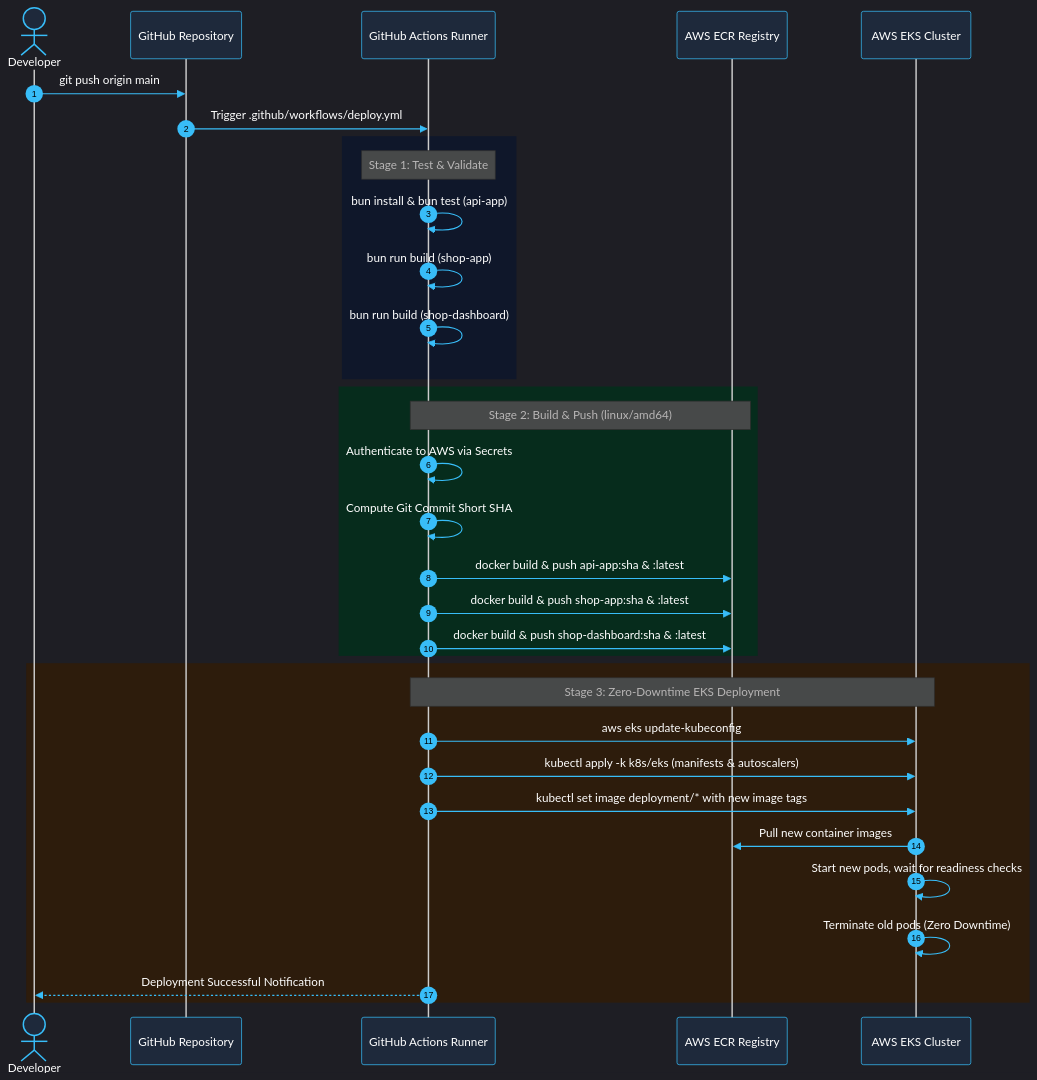
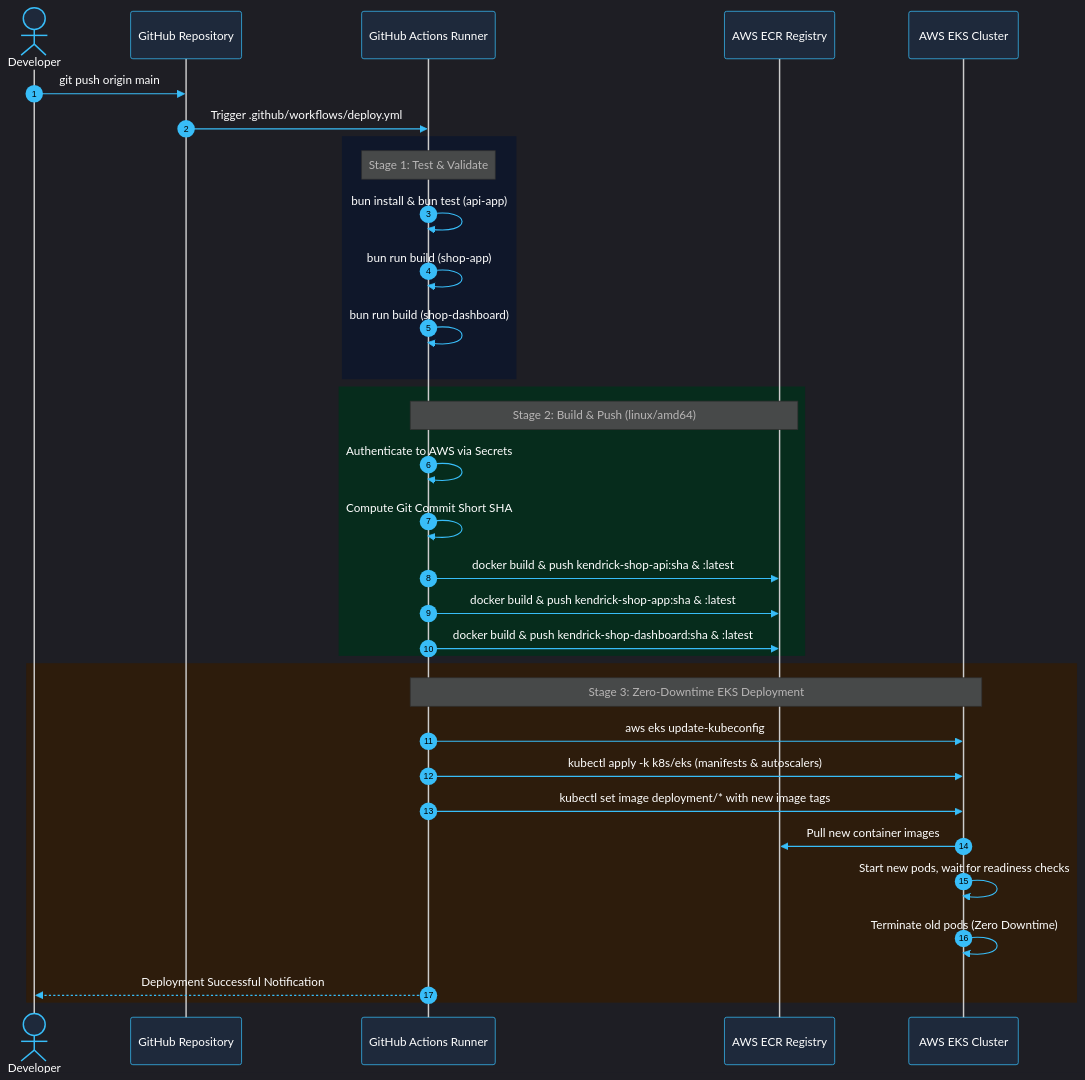
One commit to heinhtetzan/k8s-in-production changed the second of 2 diagrams in 06-try-production-eks/doc/05-ci-cd-architecture.md. Above: the diagram before and after it, drawn with Mermaid. The commit also changed 16 other files, not shown here.

````diff
--- a/06-try-production-eks/doc/05-ci-cd-architecture.md
+++ b/06-try-production-eks/doc/05-ci-cd-architecture.md
@@ -51,40 +51,40 @@
 ```mermaid
 %%{init: {'theme': 'dark', 'themeVariables': {'darkMode': true, 'background': '#0d1117', 'actorBkg': '#1e293b', 'actorTextColor': '#ffffff', 'actorBorder': '#38bdf8', 'signalColor': '#38bdf8', 'signalTextColor': '#ffffff', 'labelBoxBkgColor': '#1e293b', 'labelTextColor': '#ffffff', 'loopTextColor': '#ffffff'}}}%%
 sequenceDiagram
     autonumber
     actor Dev as Developer
     participant GH as GitHub Repository
     participant GHA as GitHub Actions Runner
     participant ECR as AWS ECR Registry
     participant EKS as AWS EKS Cluster
 
     Dev->>GH: git push origin main
     GH->>GHA: Trigger .github/workflows/deploy.yml
 
     rect rgb(15, 23, 42)
     Note over GHA: Stage 1: Test & Validate
     GHA->>GHA: bun install & bun test (api-app)
     GHA->>GHA: bun run build (shop-app)
     GHA->>GHA: bun run build (shop-dashboard)
     end
 
     rect rgb(6, 44, 28)
     Note over GHA, ECR: Stage 2: Build & Push (linux/amd64)
     GHA->>GHA: Authenticate to AWS via Secrets
     GHA->>GHA: Compute Git Commit Short SHA
-    GHA->>ECR: docker build & push api-app:sha & :latest
-    GHA->>ECR: docker build & push shop-app:sha & :latest
-    GHA->>ECR: docker build & push shop-dashboard:sha & :latest
+    GHA->>ECR: docker build & push kendrick-shop-api:sha & :latest
+    GHA->>ECR: docker build & push kendrick-shop-app:sha & :latest
+    GHA->>ECR: docker build & push kendrick-shop-dashboard:sha & :latest
     end
 
     rect rgb(45, 28, 12)
     Note over GHA, EKS: Stage 3: Zero-Downtime EKS Deployment
     GHA->>EKS: aws eks update-kubeconfig
     GHA->>EKS: kubectl apply -k k8s/eks (manifests & autoscalers)
     GHA->>EKS: kubectl set image deployment/* with new image tags
     EKS->>ECR: Pull new container images
     EKS->>EKS: Start new pods, wait for readiness checks
     EKS->>EKS: Terminate old pods (Zero Downtime)
     GHA-->>Dev: Deployment Successful Notification
     end
 ```
````
